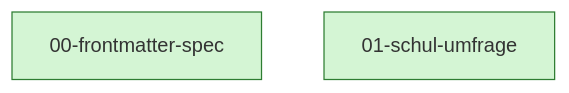
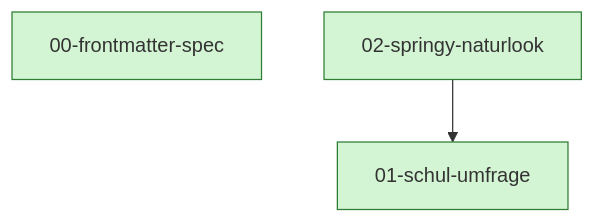
The diagram in .mdd/connections.md (JanderHungrige/wieisses), drawn with Mermaid before and after one commit. The commit also changed other lines of this file and 30 other files, not shown here.

````diff
--- a/.mdd/connections.md
+++ b/.mdd/connections.md
@@ -20,9 +21,11 @@
 ```mermaid
 graph TD
   D00["00-frontmatter-spec"]:::complete
   D01["01-schul-umfrage"]:::complete
+  D02["02-springy-naturlook"]:::complete
+  D02 --> D01
   classDef complete fill:#d4f5d4,stroke:#2e7d32
   classDef in_progress fill:#fff4cc,stroke:#b8860b
   classDef draft fill:#eeeeee,stroke:#888888
   classDef deprecated fill:#f5d4d4,stroke:#a33
 ```
````
